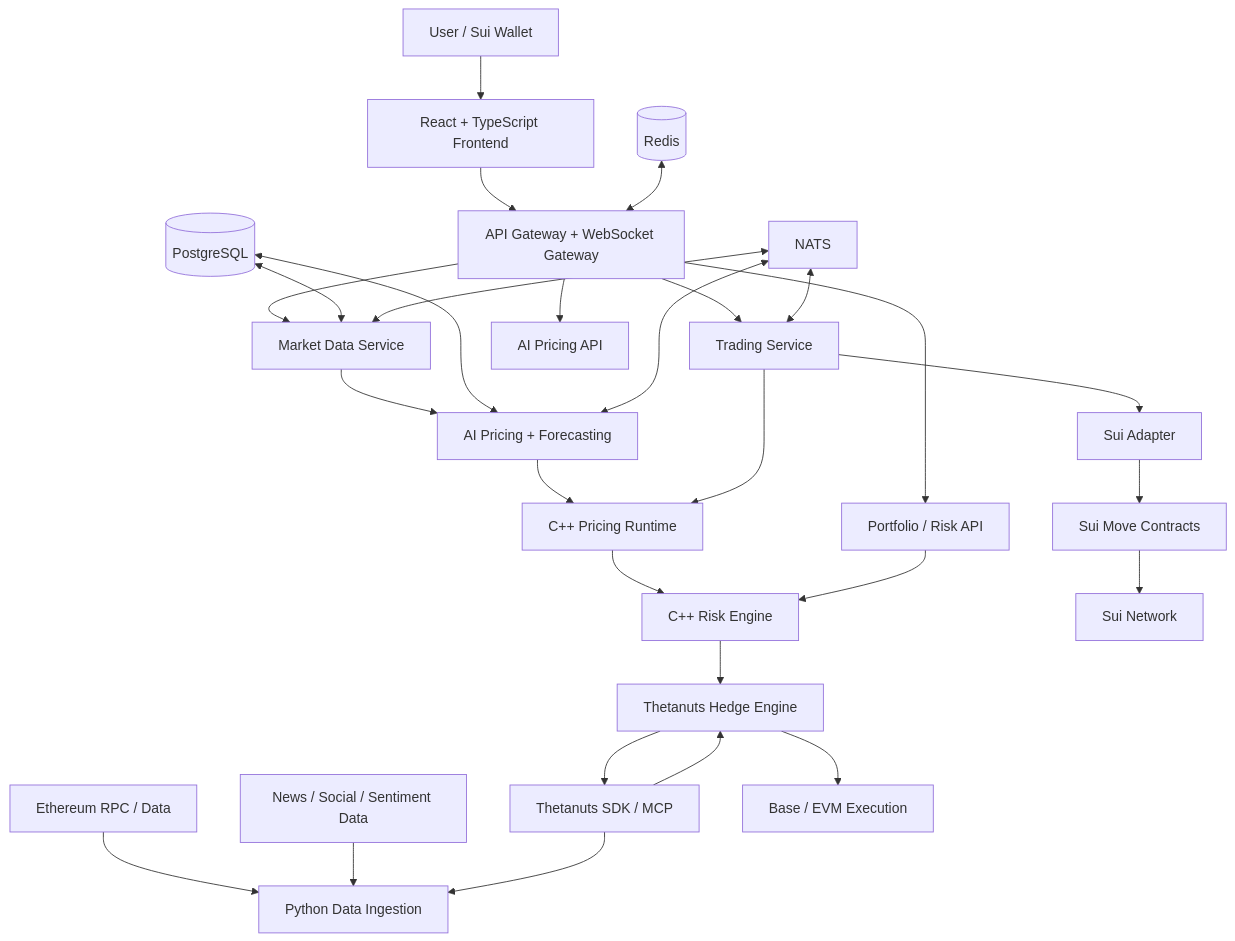
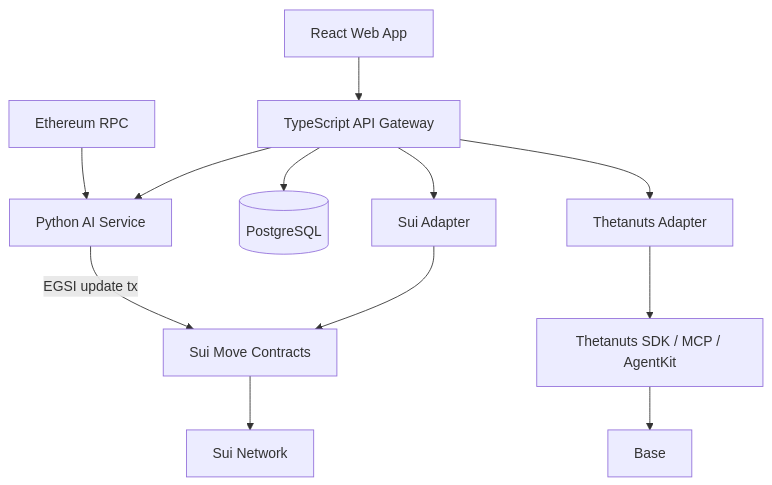
One commit to zishaan1911/BlockSpace-Securities-Exchange changed the first of 3 diagrams in ARCHITECTURE.md. Above: the diagram before and after it, drawn with Mermaid. The commit also changed other lines of this file and 8 other files, not shown here.

Commit message:
docs: slim architecture to hackathon scope and align with Thetanuts track

````diff
--- a/ARCHITECTURE.md
+++ b/ARCHITECTURE.md
@@ -22,35 +11,16 @@
 ```mermaid
 flowchart TB
-    U[User / Sui Wallet] --> FE[React + TypeScript Frontend]
-    FE --> API[API Gateway + WebSocket Gateway]
-
-    API --> MD[Market Data Service]
-    API --> TRADE[Trading Service]
-    API --> PORT[Portfolio / Risk API]
-    API --> AIAPI[AI Pricing API]
-
-    MD --> AI[AI Pricing + Forecasting]
-    AI --> CPP[C++ Pricing Runtime]
-    CPP --> RISK[C++ Risk Engine]
-    TRADE --> CPP
-    PORT --> RISK
-
-    TRADE --> SUIAD[Sui Adapter]
+    FE[React Web App] --> API[TypeScript API Gateway]
+    API --> AI[Python AI Service]
+    API --> DB[(PostgreSQL)]
+    API --> SUIAD[Sui Adapter]
     SUIAD --> MOVE[Sui Move Contracts]
     MOVE --> SUI[Sui Network]
 
-    ETH[Ethereum RPC / Data] --> ING[Python Data Ingestion]
-    SOCIAL[News / Social / Sentiment Data] --> ING
-    TN[Thetanuts SDK / MCP] --> ING
-    TN --> HEDGE[Thetanuts Hedge Engine]
-    RISK --> HEDGE
-    HEDGE --> TN
-    HEDGE --> EVM[Base / EVM Execution]
+    ETH[Ethereum RPC] --> AI
+    AI -->|EGSI update tx| MOVE
 
-    DB[(PostgreSQL)] <--> MD
-    DB <--> AI
-    REDIS[(Redis)] <--> API
-    BUS[NATS] <--> TRADE
-    BUS <--> AI
-    BUS <--> MD
+    API --> TN[Thetanuts Adapter]
+    TN --> SDK[Thetanuts SDK / MCP / AgentKit]
+    SDK --> BASE[Base]
 ```
````
